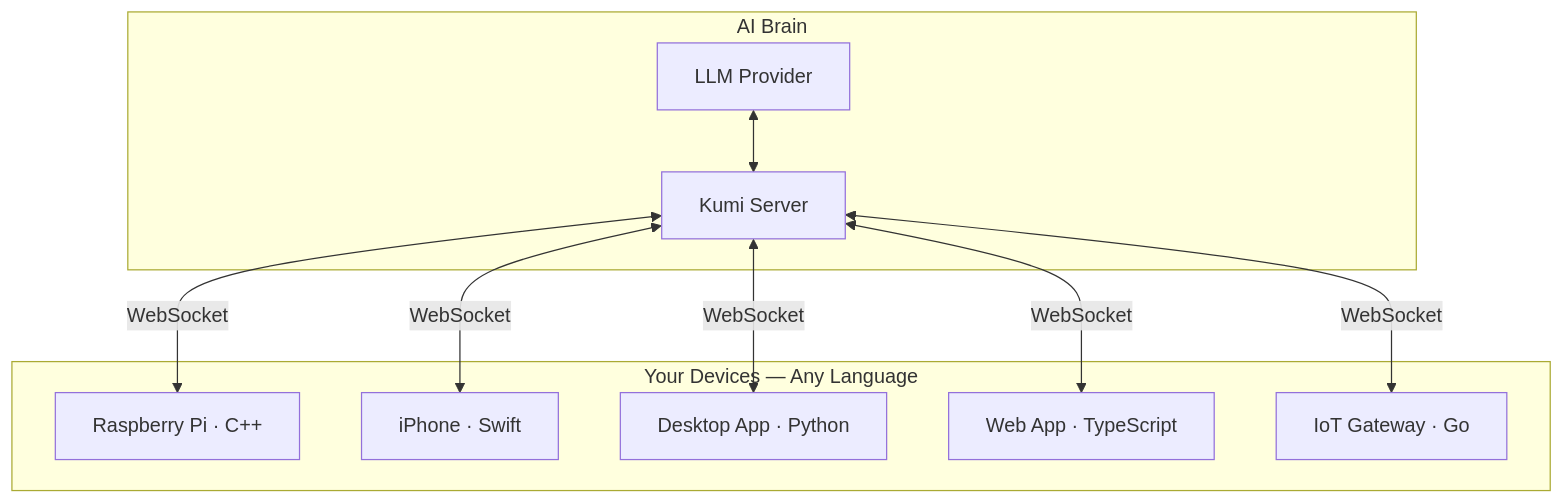
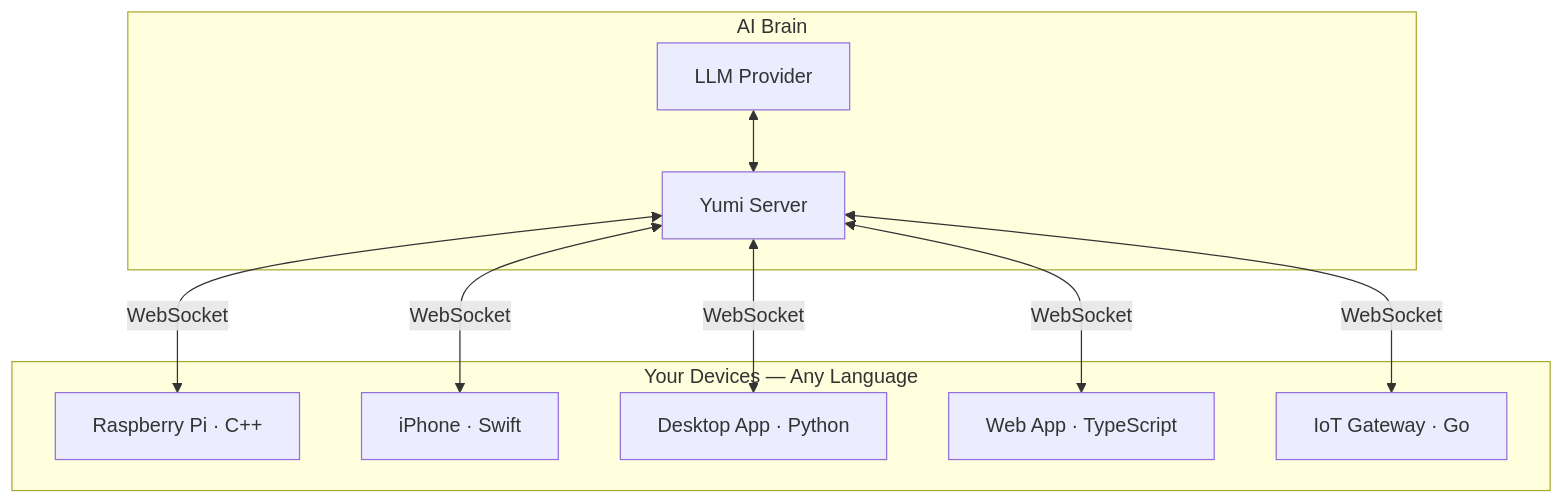
The diagram in README.md (wenxijiao/yumi-agent), drawn with Mermaid before and after one commit. The commit also changed other lines of this file and 685 other files, not shown here.

First line of the commit message:
rebrand: Kumi -> Yumi (agent) / Yumi Nexus (company)

````diff
--- a/README.md
+++ b/README.md
@@ -105,20 +105,20 @@
 ```mermaid
 flowchart TB
   subgraph ai [AI Brain]
     LLM[LLM Provider]
-    Server[Kumi Server]
+    Server[Yumi Server]
   end
   subgraph devices [Your Devices — Any Language]
     RPi["Raspberry Pi · C++"]
     Phone["iPhone · Swift"]
     Desktop["Desktop App · Python"]
     Web["Web App · TypeScript"]
     IoT["IoT Gateway · Go"]
   end
   LLM <--> Server
   Server <-->|WebSocket| RPi
   Server <-->|WebSocket| Phone
   Server <-->|WebSocket| Desktop
   Server <-->|WebSocket| Web
   Server <-->|WebSocket| IoT
 ```
````
